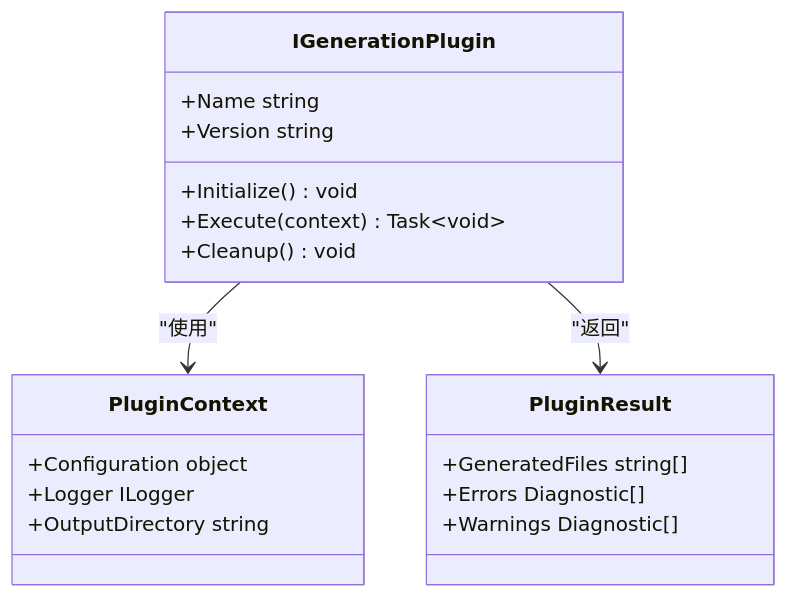
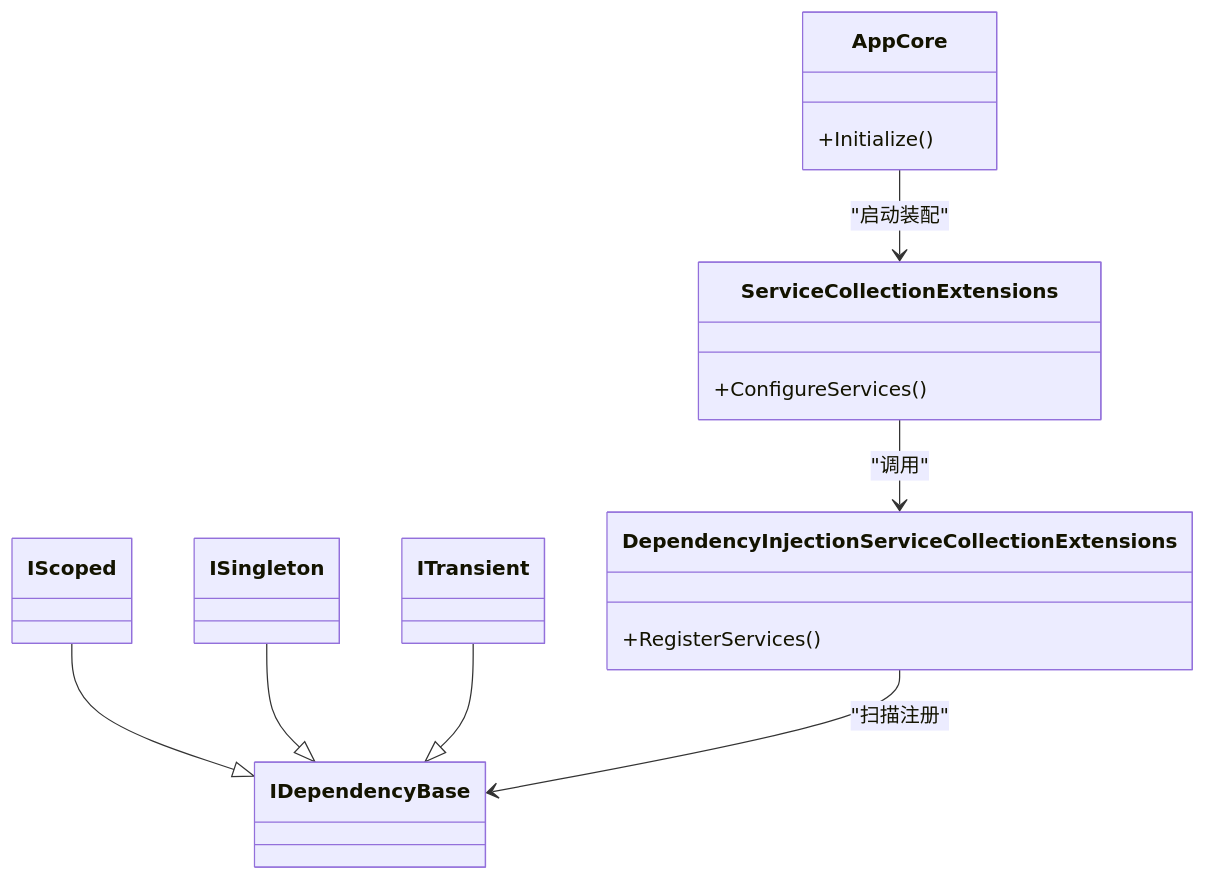
One commit to alivy/AutoCode changed the seventh of 9 diagrams in .qoder/repowiki/zh/content/扩展开发/扩展开发.md. Above: the diagram before and after it, drawn with Mermaid. The commit also changed other lines of this file and 279 other files, not shown here.

````diff
--- a/.qoder/repowiki/zh/content/扩展开发/扩展开发.md
+++ b/.qoder/repowiki/zh/content/扩展开发/扩展开发.md
@@ -153,22 +442,22 @@
 ```mermaid
 classDiagram
-class IGenerationPlugin {
-+Initialize() void
-+Execute(context) Task~void~
-+Cleanup() void
-+Name string
-+Version string
+class IDependencyBase
+class IScoped
+class ISingleton
+class ITransient
+class DependencyInjectionServiceCollectionExtensions {
++RegisterServices()
 }
-class PluginContext {
-+Configuration object
-+Logger ILogger
-+OutputDirectory string
+class ServiceCollectionExtensions {
++ConfigureServices()
 }
-class PluginResult {
-+GeneratedFiles string[]
-+Errors Diagnostic[]
-+Warnings Diagnostic[]
+class AppCore {
++Initialize()
 }
-IGenerationPlugin --> PluginContext : "使用"
-IGenerationPlugin --> PluginResult : "返回"
+IScoped --|> IDependencyBase
+ISingleton --|> IDependencyBase
+ITransient --|> IDependencyBase
+DependencyInjectionServiceCollectionExtensions --> IDependencyBase : "扫描注册"
+ServiceCollectionExtensions --> DependencyInjectionServiceCollectionExtensions : "调用"
+AppCore --> ServiceCollectionExtensions : "启动装配"
 ```
````
